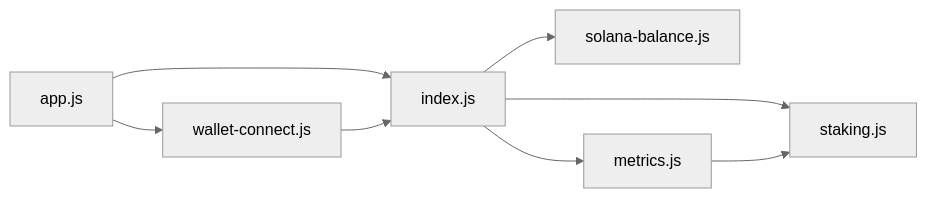
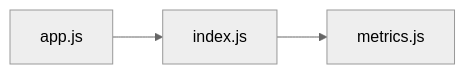
The sixth of 6 diagrams in .qoder/repowiki/en/content/Staking & Access Control System/Staking & Access Control System.md (RunTimeAdmin/tri-ai), drawn with Mermaid (neutral theme) before and after one commit. The commit also changed other lines of this file and 46 other files, not shown here.

````diff
--- a/.qoder/repowiki/en/content/Staking & Access Control System/Staking & Access Control System.md
+++ b/.qoder/repowiki/en/content/Staking & Access Control System/Staking & Access Control System.md
@@ -302,10 +210,5 @@
 ```mermaid
 graph LR
-AppJS["app.js"] --> WalletJS["wallet-connect.js"]
-AppJS --> IndexJS["index.js"]
-WalletJS --> IndexJS
-IndexJS --> Staking["staking.js"]
-IndexJS --> Solana["solana-balance.js"]
+AppJS["app.js"] --> IndexJS["index.js"]
 IndexJS --> Metrics["metrics.js"]
-Metrics --> Staking
 ```
````
